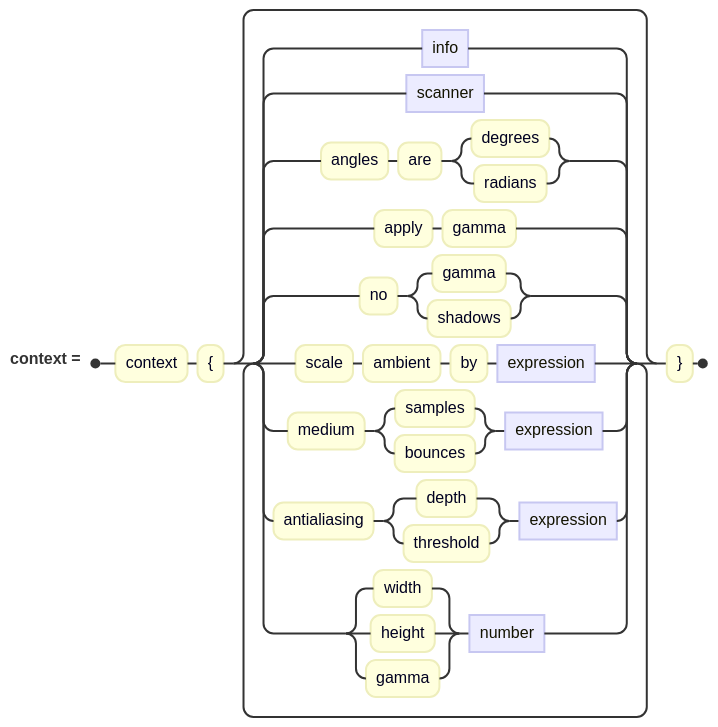
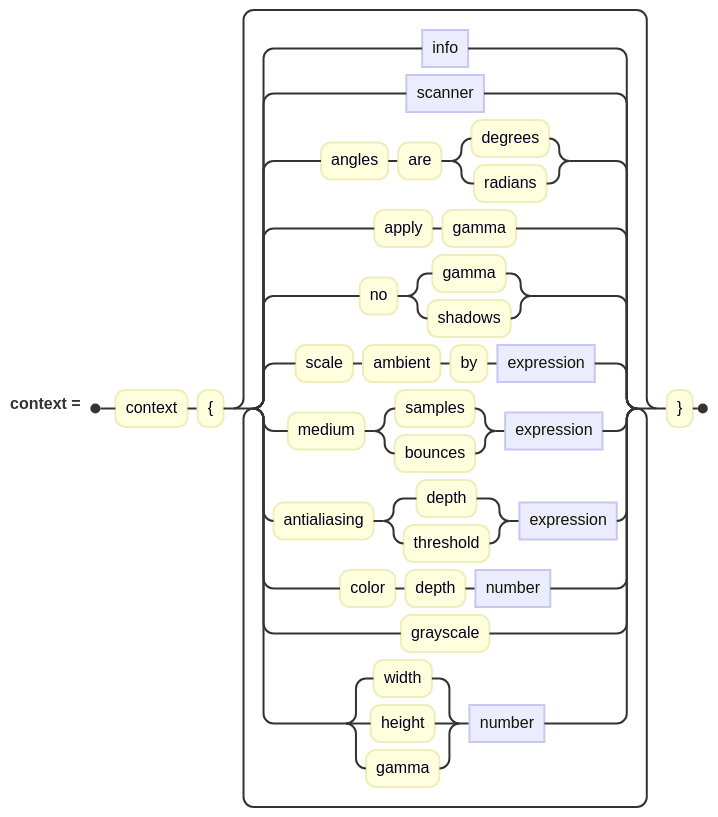
The diagram in docs/diagrams/context/contextClause.mmd (jskress/RayTracer), drawn with Mermaid before and after one commit. The commit also changed 21 other files, not shown here.

```diff
--- a/docs/diagrams/context/contextClause.mmd
+++ b/docs/diagrams/context/contextClause.mmd
@@ -1,9 +1,10 @@
 railroad-ebnf-beta
 title "The context block"
 
 context = "context" "{" { info | scanner | "angles" "are" ( "degrees" | "radians" )
         | "apply" "gamma" | "no" ( "gamma" | "shadows" )
         | "scale" "ambient" "by" expression
         | "medium" ( "samples" | "bounces" ) expression
         | "antialiasing" ( "depth" | "threshold" ) expression
+        | "color" "depth" number | "grayscale"
         | ( "width" | "height" | "gamma" ) number } "}" ;
```
